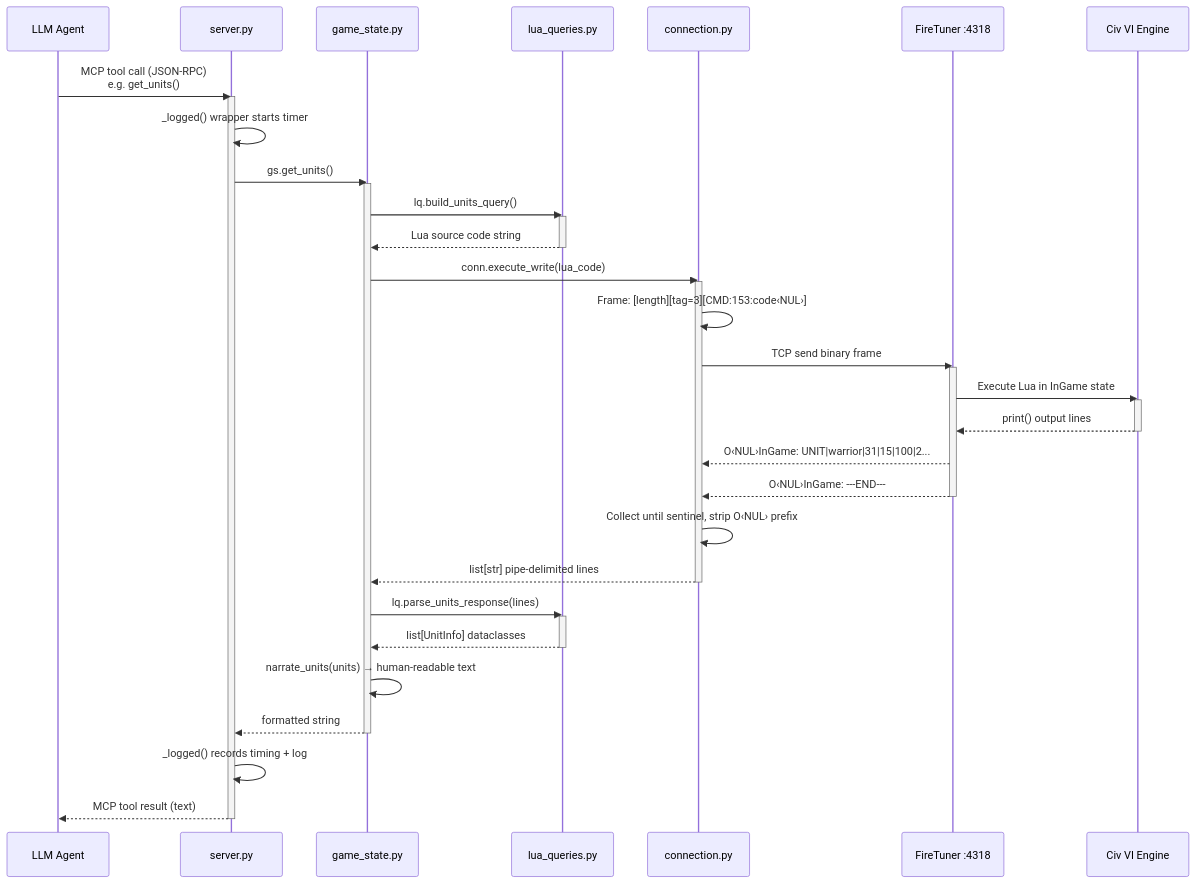
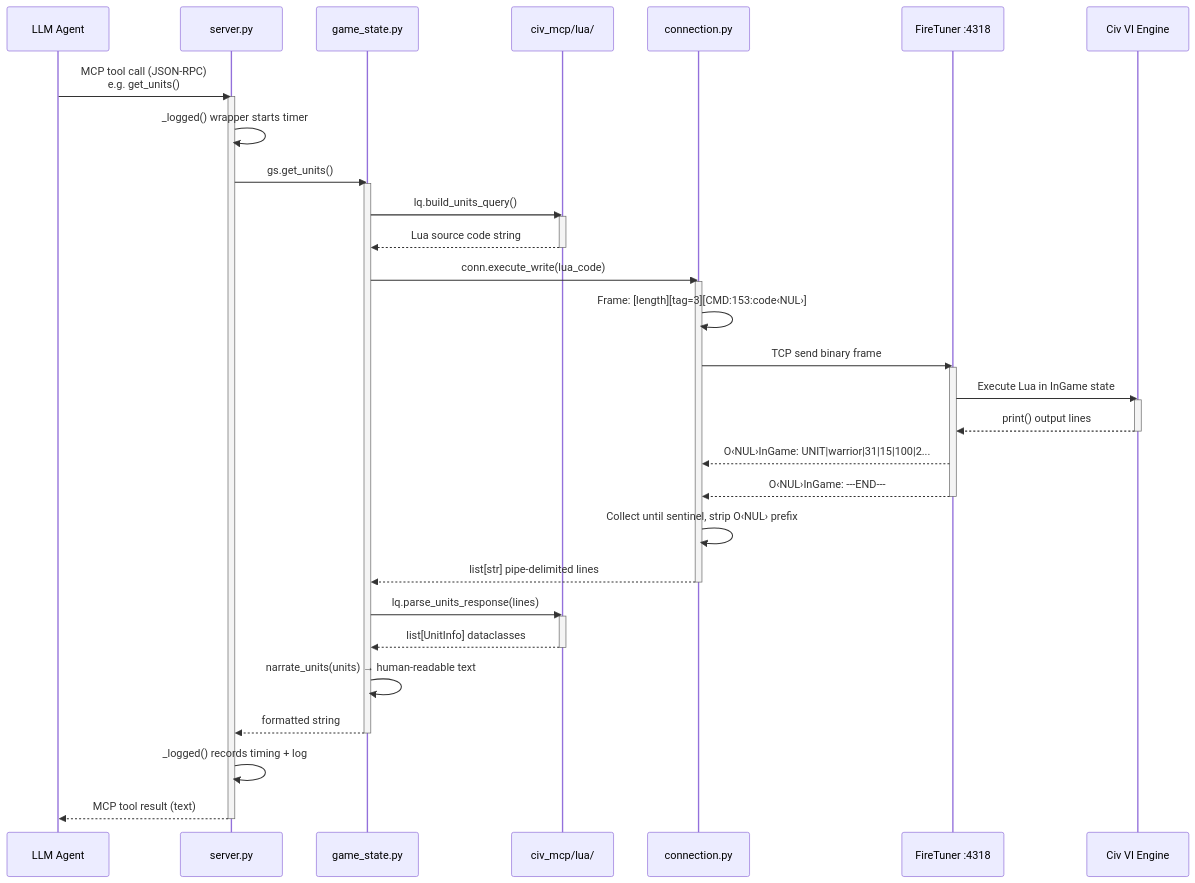
Before and after one commit to Harryleft/auto-civ6: the second of 5 diagrams in docs/architecture-diagrams.md, drawn with Mermaid. The commit also changed other lines of this file and 11 other files, not shown here.

````diff
--- a/docs/architecture-diagrams.md
+++ b/docs/architecture-diagrams.md
@@ -126,51 +131,51 @@
 ```mermaid
 sequenceDiagram
     participant Agent as LLM Agent
     participant MCP as server.py
     participant GS as game_state.py
-    participant LQ as lua_queries.py
+    participant LQ as civ_mcp/lua/
     participant Conn as connection.py
     participant FT as FireTuner :4318
     participant Civ as Civ VI Engine
 
     Agent->>MCP: MCP tool call (JSON-RPC)<br/>e.g. get_units()
     activate MCP
     MCP->>MCP: _logged() wrapper starts timer
 
     MCP->>GS: gs.get_units()
     activate GS
 
     GS->>LQ: lq.build_units_query()
     activate LQ
     LQ-->>GS: Lua source code string
     deactivate LQ
 
     GS->>Conn: conn.execute_write(lua_code)
     activate Conn
     Conn->>Conn: Frame: [length][tag=3][CMD:153:code‹NUL›]
     Conn->>FT: TCP send binary frame
     activate FT
     FT->>Civ: Execute Lua in InGame state
     activate Civ
     Civ-->>FT: print() output lines
     deactivate Civ
     FT-->>Conn: O‹NUL›InGame: UNIT|warrior|31|15|100|2...
     FT-->>Conn: O‹NUL›InGame: ---END---
     deactivate FT
     Conn->>Conn: Collect until sentinel, strip O‹NUL› prefix
     Conn-->>GS: list[str] pipe-delimited lines
     deactivate Conn
 
     GS->>LQ: lq.parse_units_response(lines)
     activate LQ
     LQ-->>GS: list[UnitInfo] dataclasses
     deactivate LQ
 
     GS->>GS: narrate_units(units) → human-readable text
     GS-->>MCP: formatted string
     deactivate GS
 
     MCP->>MCP: _logged() records timing + log
     MCP-->>Agent: MCP tool result (text)
     deactivate MCP
 ```
````
